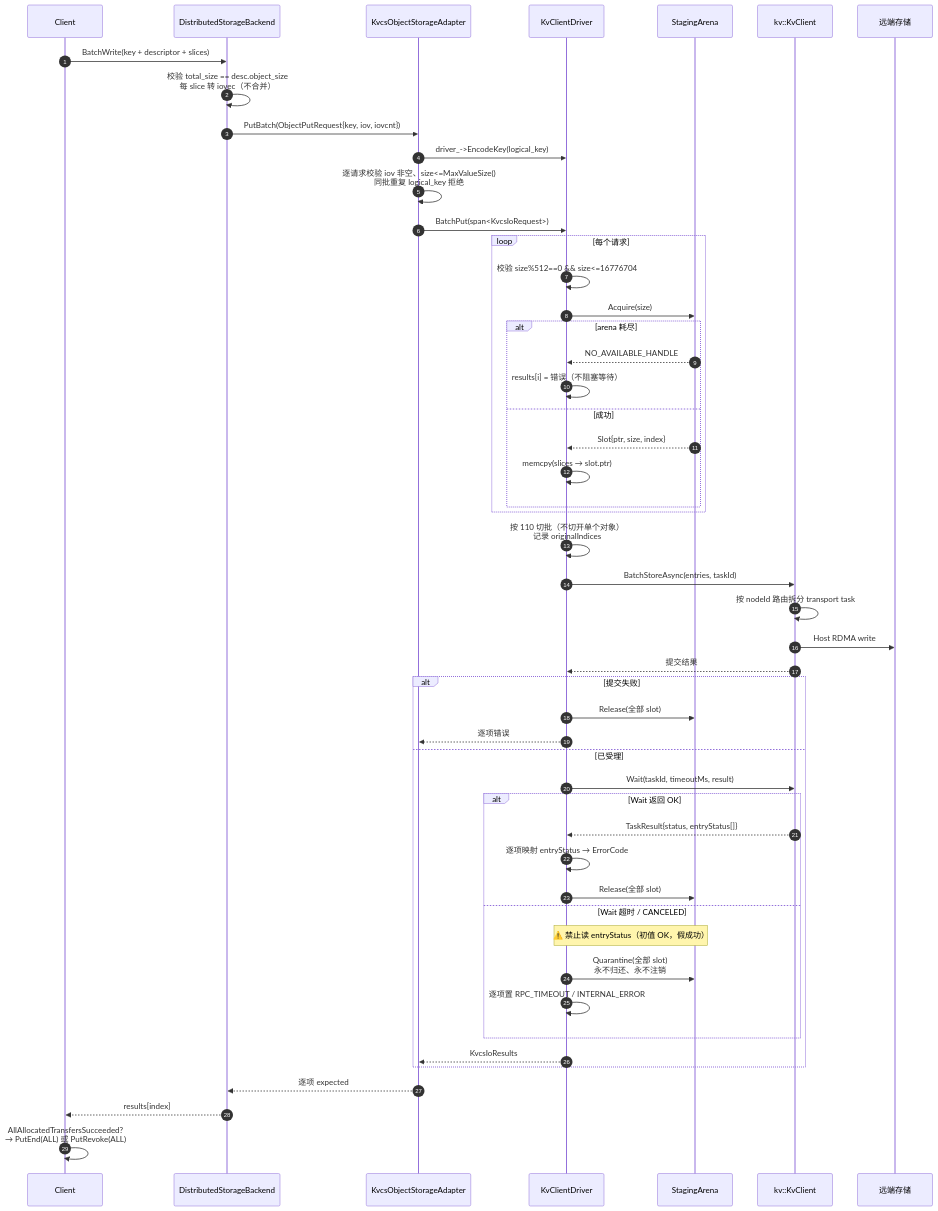
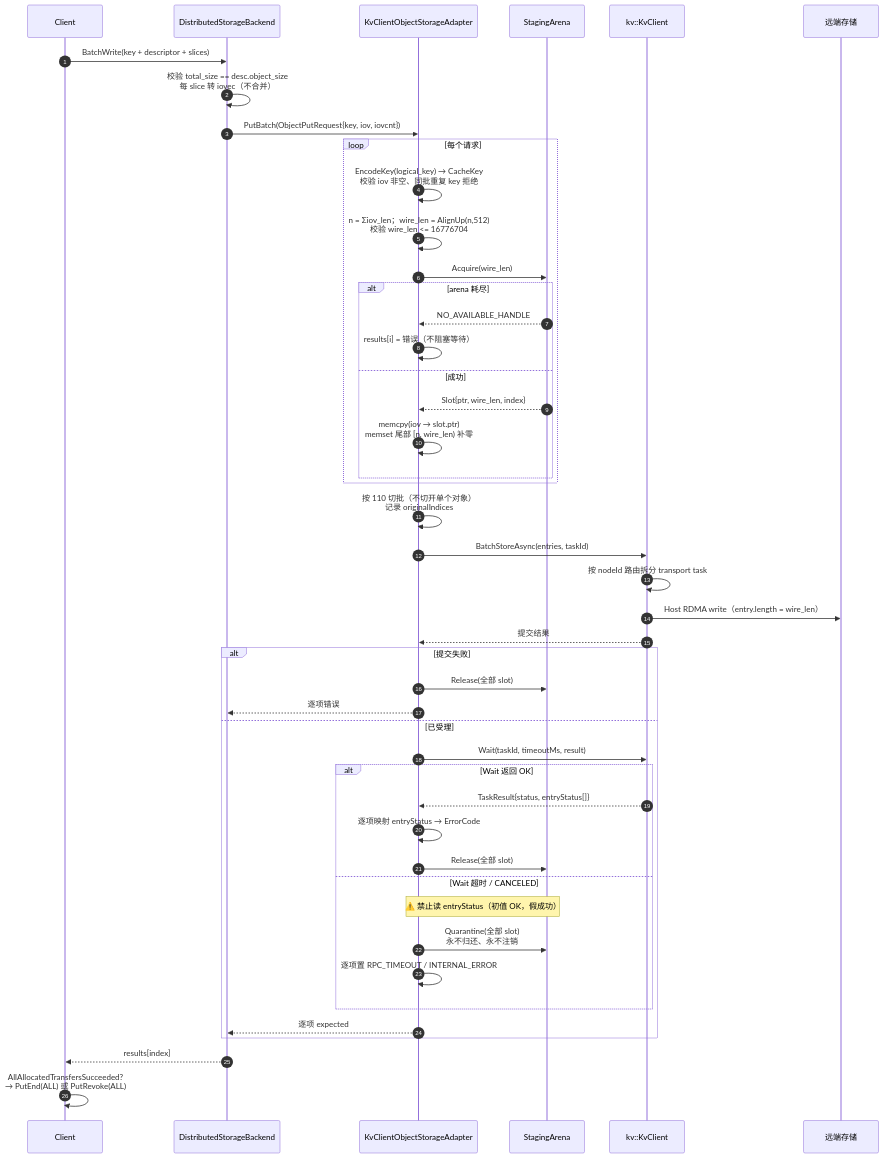
Before and after one commit to zwj20000328-dotcom/Mooncake-documents: the ninth of 13 diagrams in Mooncake + KVClient L3 接入（Kvcs）- v3.md, drawn with Mermaid. The commit also changed other lines of this file, not shown here.

Commit message:
modified : Mooncake + KVClient L3 接入（Kvcs）- v3.md

````diff
--- a/Mooncake + KVClient L3 接入（Kvcs）- v3.md
+++ b/Mooncake + KVClient L3 接入（Kvcs）- v3.md
@@ -677,53 +636,49 @@
 ```mermaid
 sequenceDiagram
     autonumber
     participant C as Client
     participant BE as DistributedStorageBackend
-    participant AD as KvcsObjectStorageAdapter
-    participant DR as KvClientDriver
+    participant AD as KvClientObjectStorageAdapter
     participant AR as StagingArena
     participant SDK as kv::KvClient
     participant S as 远端存储
 
     C->>BE: BatchWrite(key + descriptor + slices)
     BE->>BE: 校验 total_size == desc.object_size<br/>每 slice 转 iovec（不合并）
     BE->>AD: PutBatch(ObjectPutRequest{key, iov, iovcnt})
-    AD->>DR: driver_->EncodeKey(logical_key)
-    AD->>AD: 逐请求校验 iov 非空、size<=MaxValueSize()<br/>同批重复 logical_key 拒绝
-    AD->>DR: BatchPut(span<KvcsIoRequest>)
     loop 每个请求
-        DR->>DR: 校验 size%512==0 && size<=16776704
-        DR->>AR: Acquire(size)
+        AD->>AD: EncodeKey(logical_key) → CacheKey<br/>校验 iov 非空、同批重复 key 拒绝
+        AD->>AD: n = Σiov_len；wire_len = AlignUp(n,512)<br/>校验 wire_len <= 16776704
+        AD->>AR: Acquire(wire_len)
         alt arena 耗尽
-            AR-->>DR: NO_AVAILABLE_HANDLE
-            DR->>DR: results[i] = 错误（不阻塞等待）
+            AR-->>AD: NO_AVAILABLE_HANDLE
+            AD->>AD: results[i] = 错误（不阻塞等待）
         else 成功
-            AR-->>DR: Slot{ptr, size, index}
-            DR->>DR: memcpy(slices → slot.ptr)
+            AR-->>AD: Slot{ptr, wire_len, index}
+            AD->>AD: memcpy(iov → slot.ptr)<br/>memset 尾部 [n, wire_len) 补零
         end
     end
-    DR->>DR: 按 110 切批（不切开单个对象）<br/>记录 originalIndices
-    DR->>SDK: BatchStoreAsync(entries, taskId)
+    AD->>AD: 按 110 切批（不切开单个对象）<br/>记录 originalIndices
+    AD->>SDK: BatchStoreAsync(entries, taskId)
     SDK->>SDK: 按 nodeId 路由拆分 transport task
-    SDK->>S: Host RDMA write
-    SDK-->>DR: 提交结果
+    SDK->>S: Host RDMA write（entry.length = wire_len）
+    SDK-->>AD: 提交结果
     alt 提交失败
-        DR->>AR: Release(全部 slot)
-        DR-->>AD: 逐项错误
+        AD->>AR: Release(全部 slot)
+        AD-->>BE: 逐项错误
     else 已受理
-        DR->>SDK: Wait(taskId, timeoutMs, result)
+        AD->>SDK: Wait(taskId, timeoutMs, result)
         alt Wait 返回 OK
-            SDK-->>DR: TaskResult{status, entryStatus[]}
-            DR->>DR: 逐项映射 entryStatus → ErrorCode
-            DR->>AR: Release(全部 slot)
+            SDK-->>AD: TaskResult{status, entryStatus[]}
+            AD->>AD: 逐项映射 entryStatus → ErrorCode
+            AD->>AR: Release(全部 slot)
         else Wait 超时 / CANCELED
-            Note over DR,AR: ⚠️ 禁止读 entryStatus（初值 OK，假成功）
-            DR->>AR: Quarantine(全部 slot)<br/>永不归还、永不注销
-            DR->>DR: 逐项置 RPC_TIMEOUT / INTERNAL_ERROR
+            Note over AD,AR: ⚠️ 禁止读 entryStatus（初值 OK，假成功）
+            AD->>AR: Quarantine(全部 slot)<br/>永不归还、永不注销
+            AD->>AD: 逐项置 RPC_TIMEOUT / INTERNAL_ERROR
         end
-        DR-->>AD: KvcsIoResults
+        AD-->>BE: 逐项 expected
     end
-    AD-->>BE: 逐项 expected
     BE-->>C: results[index]
     C->>C: AllAllocatedTransfersSucceeded?<br/>→ PutEnd(ALL) 或 PutRevoke(ALL)
 ```
````
